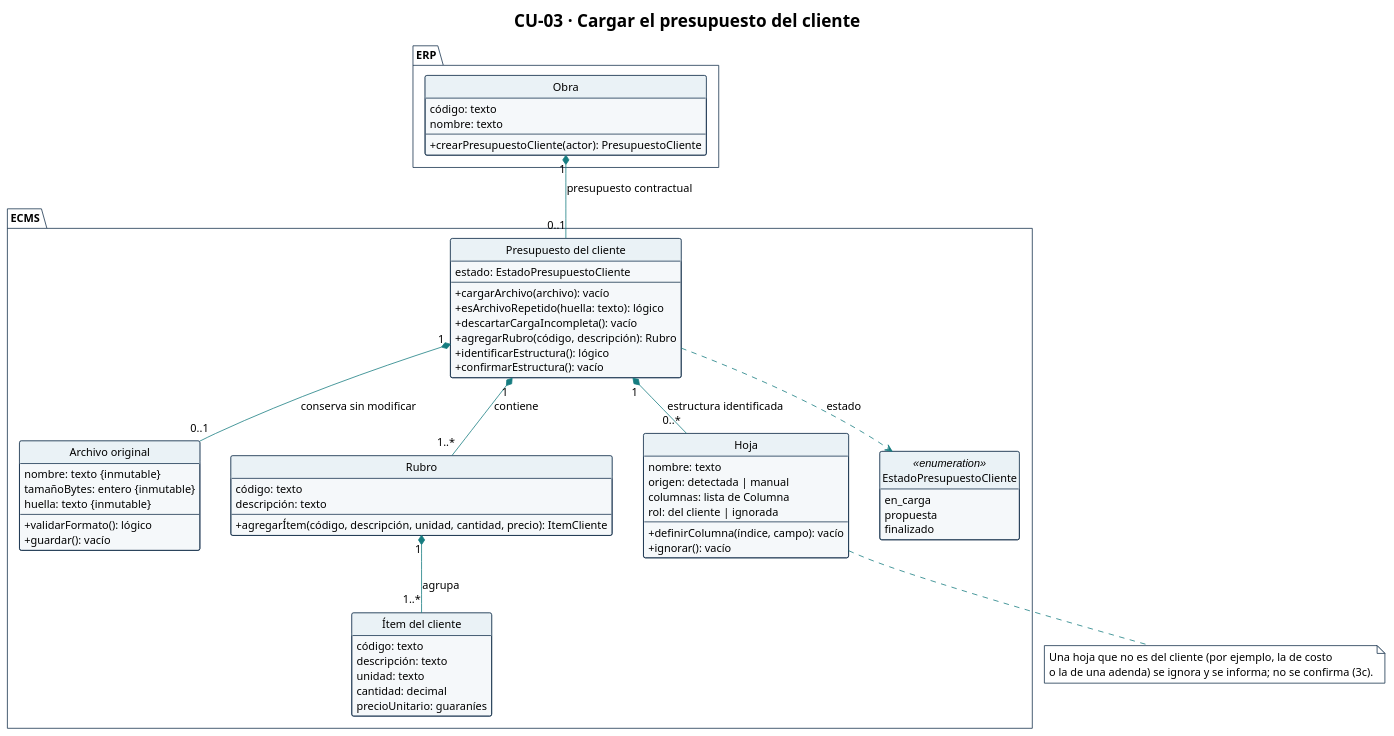
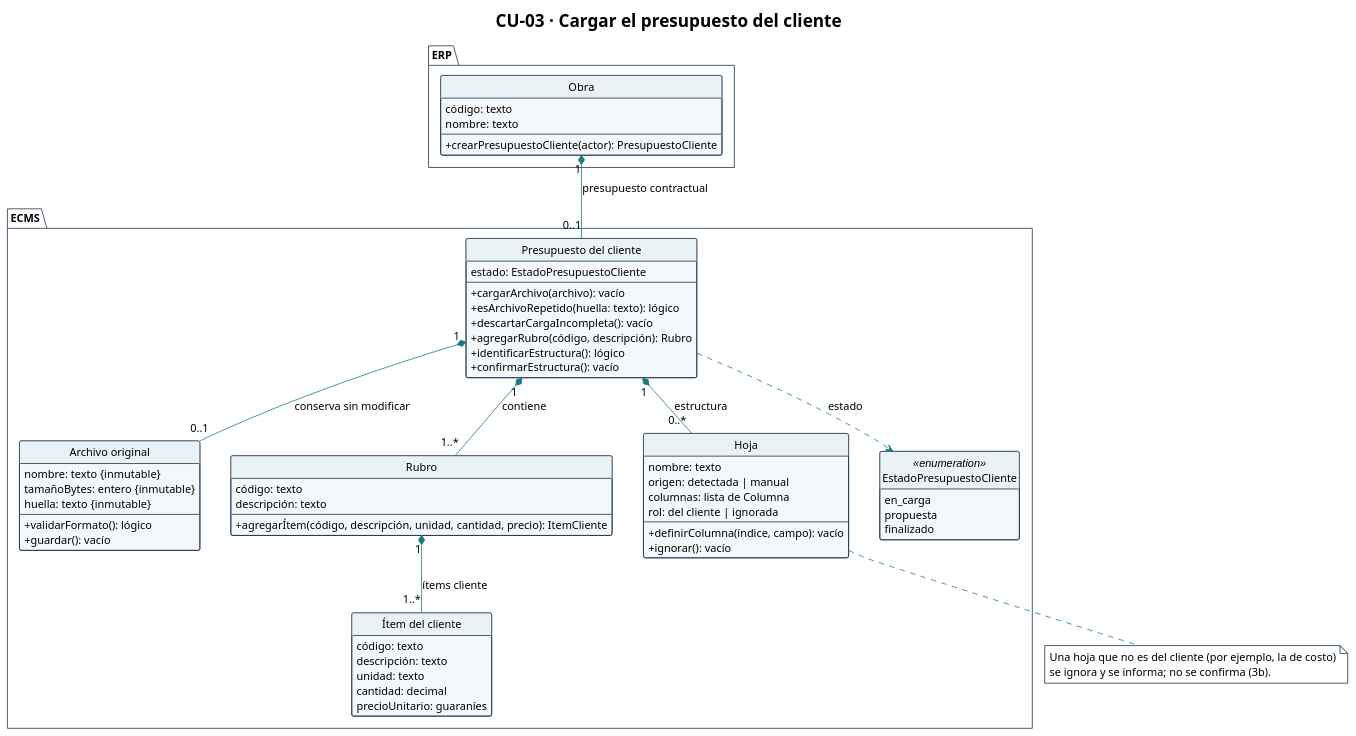
The diagram in diagramas/CU-03-clases.puml (Ssrrb/tpf-uca), drawn with PlantUML before and after one commit. The commit also changed 26 other files, not shown here.

```diff
--- a/diagramas/CU-03-clases.puml
+++ b/diagramas/CU-03-clases.puml
@@ -1,104 +1,104 @@
 @startuml
 !theme plain
 skinparam style strictuml
 title CU-03 · Cargar el presupuesto del cliente
 hide circle
 hide empty methods
 hide empty fields
 skinparam shadowing false
 skinparam classAttributeIconSize 0
 skinparam defaultFontName Arial
 skinparam defaultFontSize 14
 skinparam nodesep 40
 skinparam ranksep 50
 skinparam ArrowColor #167C80
 skinparam class {
   BackgroundColor #F5F8FA
   BorderColor #17324D
   HeaderBackgroundColor #EAF2F6
 }
 skinparam package {
   BackgroundColor #FFFFFF
   BorderColor #17324D
 }
 skinparam note {
   BackgroundColor #FFFFFF
   BorderColor #17324D
 }
 package "ERP" {
   class Obra {
     código: texto
     nombre: texto
     --
     + crearPresupuestoCliente(actor): PresupuestoCliente
   }
 }
 
 package "ECMS" {
 
   class "Presupuesto del cliente" as PresupuestoCliente {
     estado: EstadoPresupuestoCliente
     --
     + cargarArchivo(archivo): vacío
     + esArchivoRepetido(huella: texto): lógico
     + descartarCargaIncompleta(): vacío
     + agregarRubro(código, descripción): Rubro
     + identificarEstructura(): lógico
     + confirmarEstructura(): vacío
   }
 
   class "Archivo original" as ArchivoOriginal {
     nombre: texto {inmutable}
     tamañoBytes: entero {inmutable}
     huella: texto {inmutable}
     --
     + validarFormato(): lógico
     + guardar(): vacío
   }
 
   class Hoja {
     nombre: texto
     origen: detectada | manual
     columnas: lista de Columna
     rol: del cliente | ignorada
     --
     + definirColumna(índice, campo): vacío
     + ignorar(): vacío
   }
 
   class Rubro {
     código: texto
     descripción: texto
     --
     + agregarÍtem(código, descripción, unidad, cantidad, precio): ItemCliente
   }
 
   class "Ítem del cliente" as ItemCliente {
     código: texto
     descripción: texto
     unidad: texto
     cantidad: decimal
     precioUnitario: guaraníes
   }
 
   enum EstadoPresupuestoCliente <<enumeration>> {
     en_carga
     propuesta
     finalizado
   }
 }
 
 Obra "1" *-- "0..1" PresupuestoCliente : presupuesto contractual
 PresupuestoCliente "1" *-- "0..1" ArchivoOriginal : conserva sin modificar
-PresupuestoCliente "1" *-- "0..*" Hoja : estructura identificada
+PresupuestoCliente "1" *-- "0..*" Hoja : estructura
 PresupuestoCliente "1" *-- "1..*" Rubro : contiene
-Rubro "1" *-- "1..*" ItemCliente : agrupa
+Rubro "1" *-- "1..*" ItemCliente : ítems cliente
 
 PresupuestoCliente ..> EstadoPresupuestoCliente : estado
 
 note bottom of Hoja
-  Una hoja que no es del cliente (por ejemplo, la de costo
-  o la de una adenda) se ignora y se informa; no se confirma (3c).
+  Una hoja que no es del cliente (por ejemplo, la de costo)
+  se ignora y se informa; no se confirma (3b).
 end note
 
 @enduml
```
